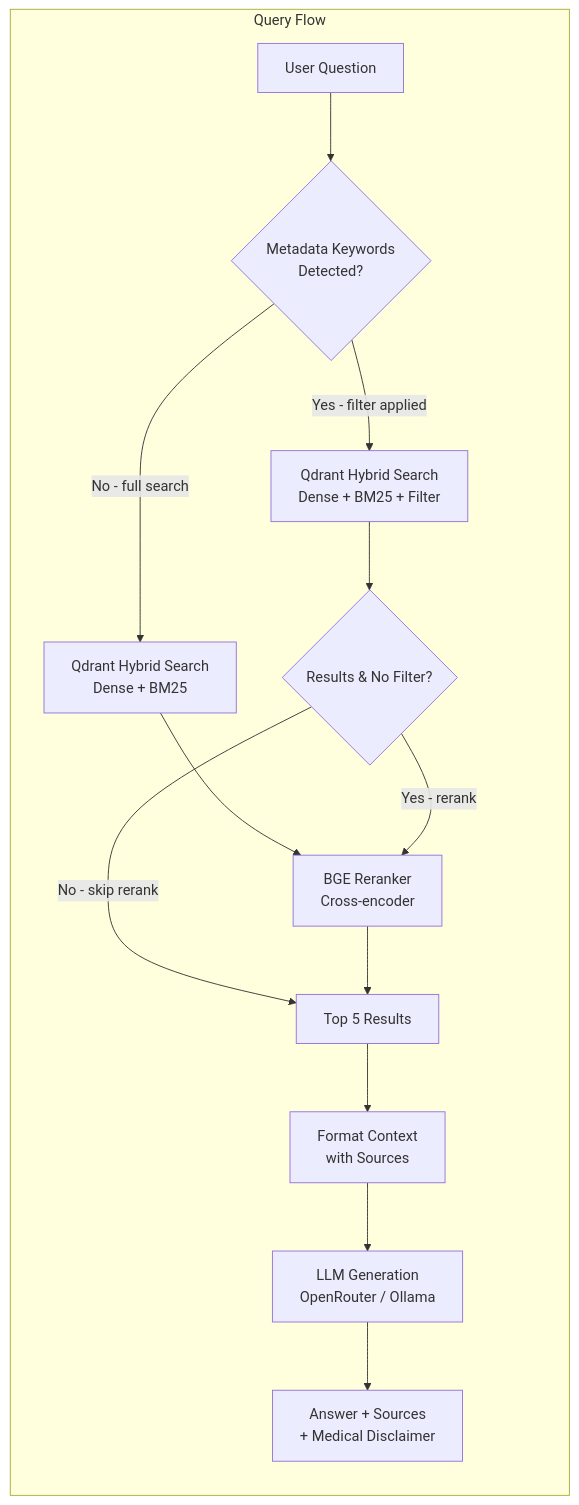
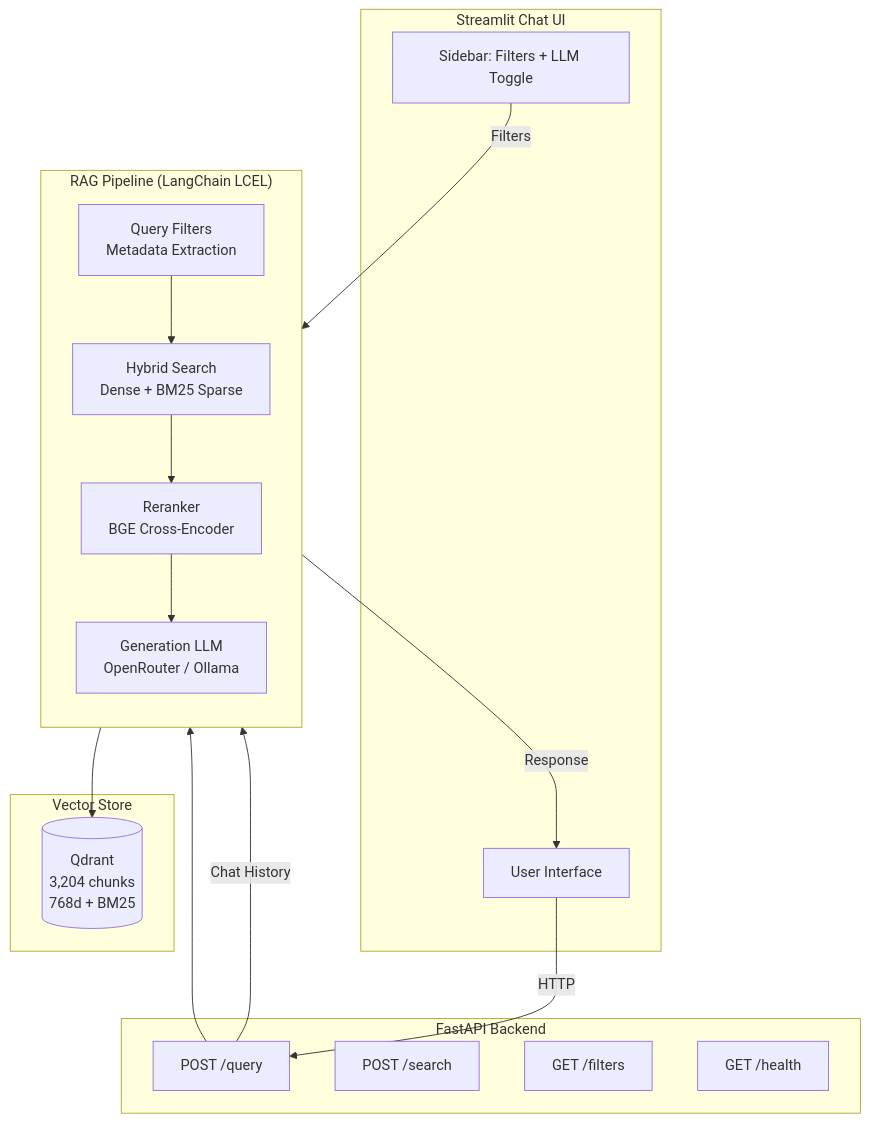
Before and after one commit to MohamedShakshak/Fitness-Assistant: the diagram in README.md, drawn with Mermaid. The commit also changed other lines of this file, not shown here.

Commit message:
Restore first Mermaid architecture diagram

````diff
--- a/README.md
+++ b/README.md
@@ -19,16 +19,36 @@
 ```mermaid
-flowchart LR
-    subgraph QueryFlow["Query Flow"]
-        A[User Question] --> B{Metadata Keywords<br/>Detected?}
-        B -->|Yes - filter applied| C[Qdrant Hybrid Search<br/>Dense + BM25 + Filter]
-        B -->|No - full search| D[Qdrant Hybrid Search<br/>Dense + BM25]
-        C --> E{Results & No Filter?}
-        D --> F[BGE Reranker<br/>Cross-encoder]
-        E -->|Yes - rerank| F
-        E -->|No - skip rerank| G
-        F --> G[Top 5 Results]
-        G --> H[Format Context<br/>with Sources]
-        H --> I[LLM Generation<br/>OpenRouter / Ollama]
-        I --> J[Answer + Sources<br/>+ Medical Disclaimer]
+flowchart TB
+    subgraph Frontend["Streamlit Chat UI"]
+        UI[User Interface]
+        SIDE[Sidebar: Filters + LLM Toggle]
     end
+
+    subgraph API["FastAPI Backend"]
+        QRY["POST /query"]
+        SRC["POST /search"]
+        FLT["GET /filters"]
+        HLT["GET /health"]
+    end
+
+    subgraph Pipeline["RAG Pipeline (LangChain LCEL)"]
+        direction TB
+        QF[Query Filters<br/>Metadata Extraction]
+        HYBRID[Hybrid Search<br/>Dense + BM25 Sparse]
+        RR[Reranker<br/>BGE Cross-Encoder]
+        LLM[Generation LLM<br/>OpenRouter / Ollama]
+    end
+
+    subgraph Store["Vector Store"]
+        QDR[(Qdrant<br/>3,204 chunks<br/>768d + BM25)]
+    end
+
+    UI -->|HTTP| QRY
+    QRY --> QF
+    QF --> HYBRID
+    HYBRID --> QDR
+    HYBRID --> RR
+    RR --> LLM
+    LLM -->|Response| UI
+    SIDE -->|Filters| QF
+    QRY -->|Chat History| LLM
 ```
````
